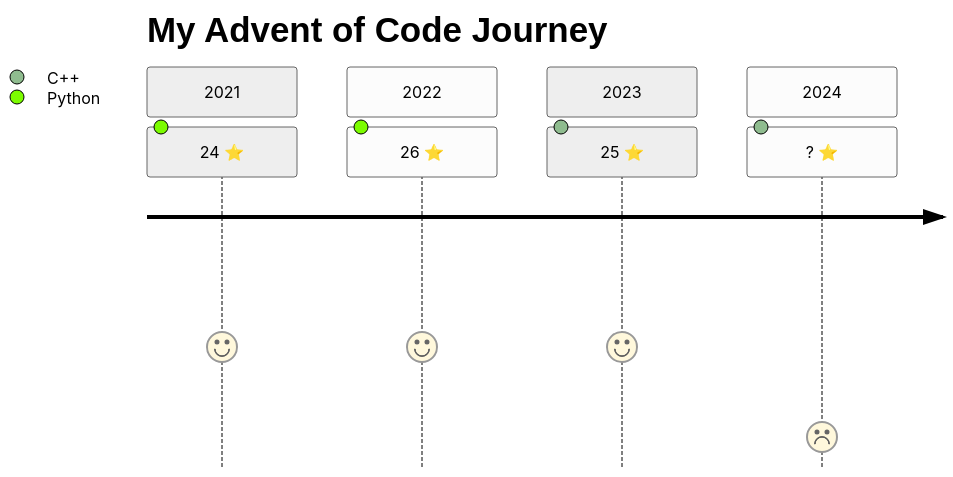
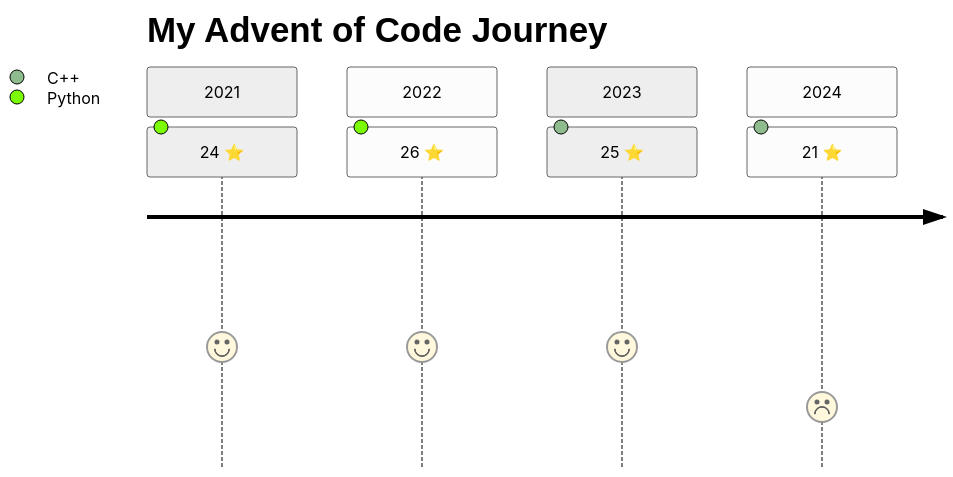
One commit to mlcsthor/advent-of-code changed the diagram in README.md. Above: the diagram before and after it, drawn with Mermaid (neutral theme).

Commit message:
📝 Add 2024 results

````diff
--- a/README.md
+++ b/README.md
@@ -1,12 +1,12 @@
 ```mermaid
 journey
     title My Advent of Code Journey
     section 2021
       24 ⭐: 4: Python
     section 2022
       26 ⭐: 4: Python
     section 2023
       25 ⭐: 4: C++
     section 2024
-      ? ⭐: 1: C++
+      21 ⭐: 2: C++
 ```
````
